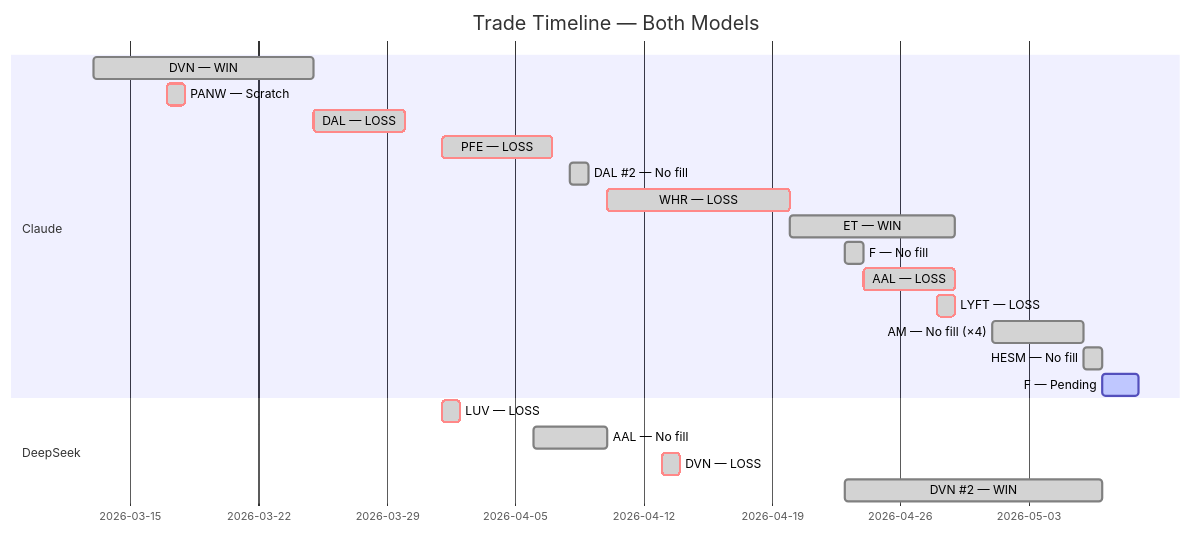
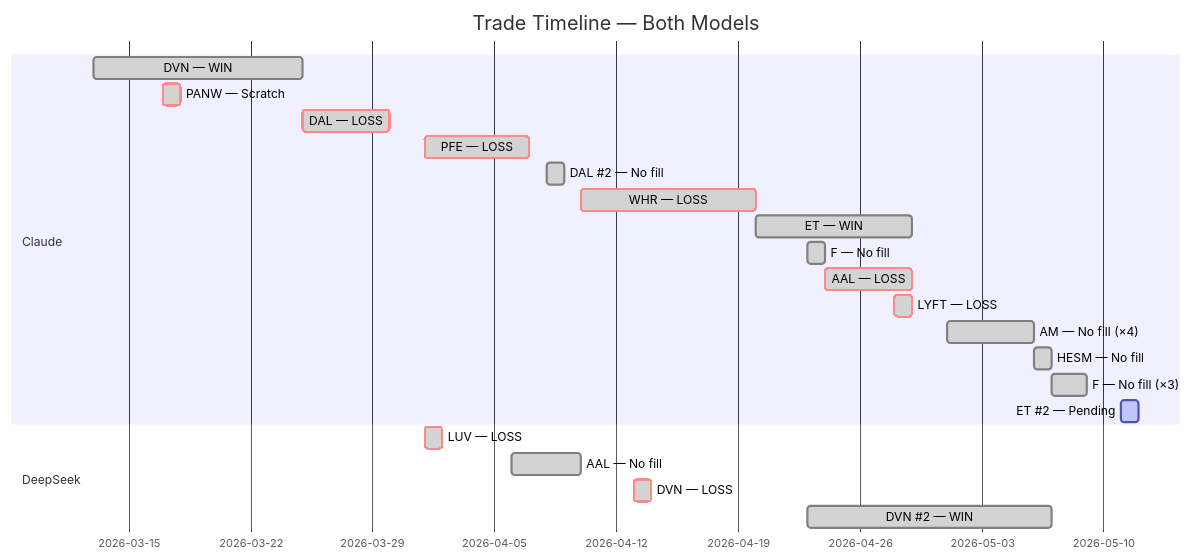
The fifth of 5 diagrams in README.md (zachisit/ai-auto-buy-thesis), drawn with Mermaid before and after one commit. The commit also changed other lines of this file and 2 other files, not shown here.

````diff
--- a/README.md
+++ b/README.md
@@ -63,24 +63,25 @@
 ```mermaid
 gantt
     title Trade Timeline — Both Models
     dateFormat YYYY-MM-DD
     section Claude
     DVN — WIN            :done,    2026-03-13, 2026-03-25
     PANW — Scratch       :crit, done, 2026-03-17, 2026-03-18
     DAL — LOSS           :crit, done, 2026-03-25, 2026-03-30
     PFE — LOSS           :crit, done, 2026-04-01, 2026-04-07
     DAL #2 — No fill     :done,    2026-04-08, 2026-04-09
     WHR — LOSS           :crit, done, 2026-04-10, 2026-04-20
     ET — WIN             :done,    2026-04-20, 2026-04-29
     F — No fill          :done,    2026-04-23, 2026-04-24
     AAL — LOSS           :crit, done, 2026-04-24, 2026-04-29
     LYFT — LOSS          :crit, done, 2026-04-28, 2026-04-29
     AM — No fill (×4)    :done,    2026-05-01, 2026-05-06
     HESM — No fill       :done,    2026-05-06, 2026-05-07
-    F — Pending          :active,  2026-05-07, 2026-05-09
+    F — No fill (×3)     :done,    2026-05-07, 2026-05-09
+    ET #2 — Pending      :active,  2026-05-11, 2026-05-12
     section DeepSeek
     LUV — LOSS           :crit, done, 2026-04-01, 2026-04-02
     AAL — No fill        :done,    2026-04-06, 2026-04-10
     DVN — LOSS           :crit, done, 2026-04-13, 2026-04-14
     DVN #2 — WIN         :done,    2026-04-23, 2026-05-07
 ```
````
